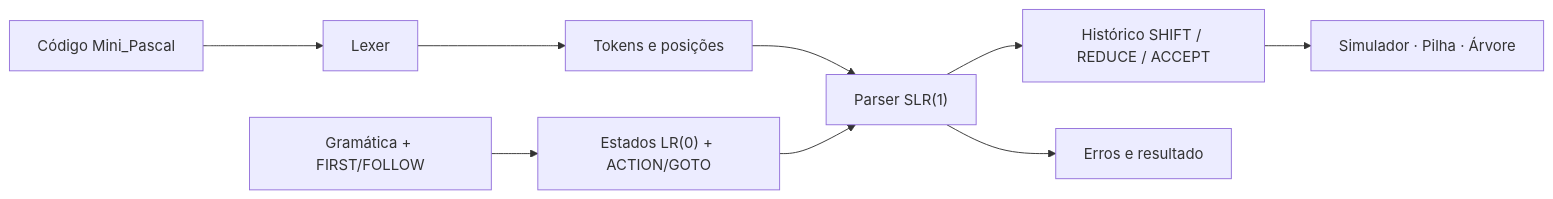
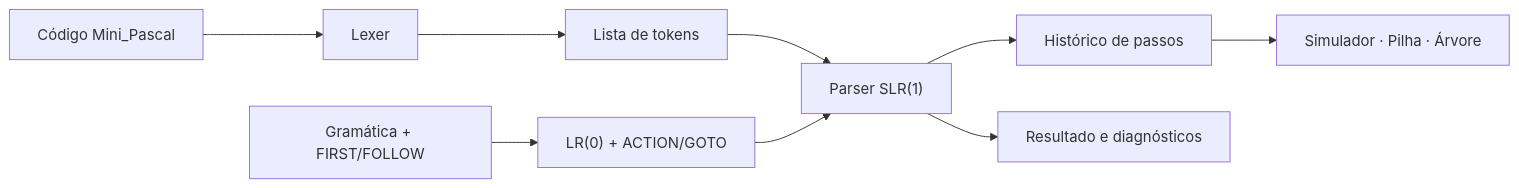
One commit to LuuizV/MiniPascalParser-Didatico changed the diagram in README.md. Above: the diagram before and after it, drawn with Mermaid. The commit also changed other lines of this file and 6 other files, not shown here.

````diff
--- a/README.md
+++ b/README.md
@@ -67,11 +80,11 @@
 ```mermaid
 flowchart LR
- A["Código Mini_Pascal"] --> B["Lexer"]
- B --> C["Tokens e posições"]
- C --> D["Parser SLR(1)"]
- E["Gramática + FIRST/FOLLOW"] --> F["Estados LR(0) + ACTION/GOTO"]
- F --> D
- D --> G["Histórico SHIFT / REDUCE / ACCEPT"]
- G --> H["Simulador · Pilha · Árvore"]
- D --> I["Erros e resultado"]
+    A["Código Mini_Pascal"] --> B["Lexer"]
+    B --> C["Lista de tokens"]
+    C --> D["Parser SLR(1)"]
+    E["Gramática + FIRST/FOLLOW"] --> F["LR(0) + ACTION/GOTO"]
+    F --> D
+    D --> G["Histórico de passos"]
+    G --> H["Simulador · Pilha · Árvore"]
+    D --> I["Resultado e diagnósticos"]
 ```
````
